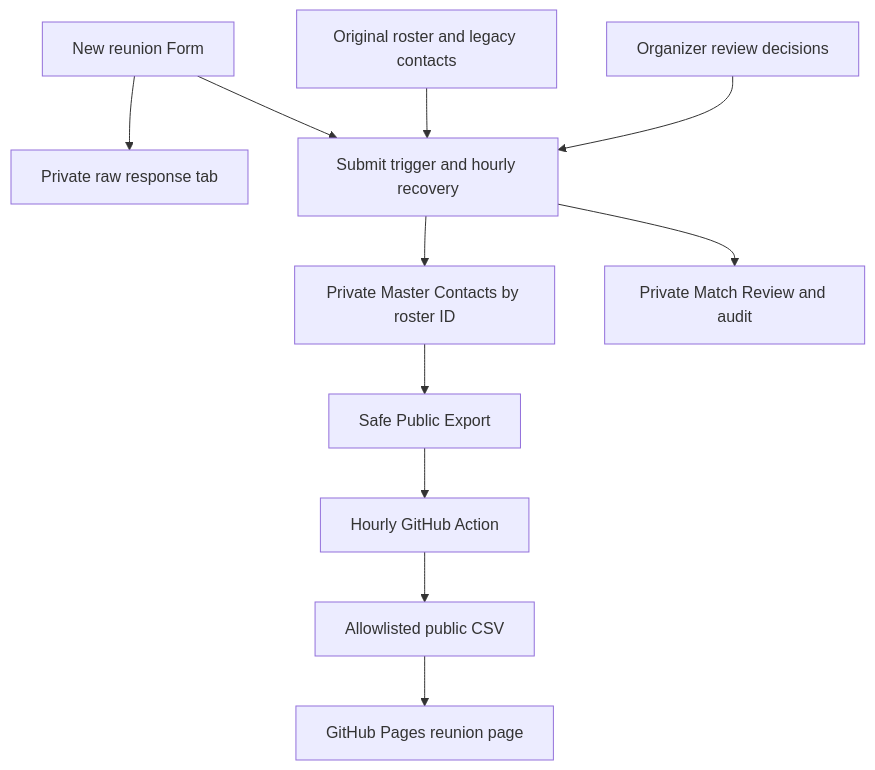
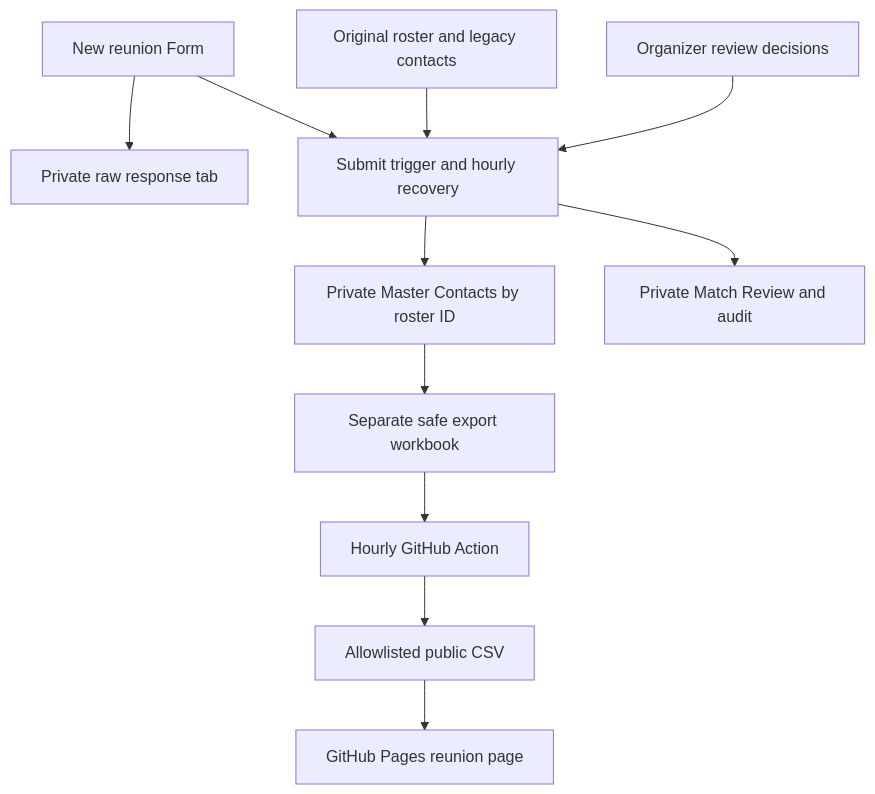
The diagram in docs/tohs-contact-workflow.md (cavandonohoe/cavandonohoe.github.io), drawn with Mermaid before and after one commit. The commit also changed other lines of this file and 5 other files, not shown here.

````diff
--- a/docs/tohs-contact-workflow.md
+++ b/docs/tohs-contact-workflow.md
@@ -30,13 +30,13 @@
 ```mermaid
 flowchart TD
   F["New reunion Form"] --> R["Private raw response tab"]
   F --> S["Submit trigger and hourly recovery"]
   O["Original roster and legacy contacts"] --> S
   D["Organizer review decisions"] --> S
   S --> M["Private Master Contacts by roster ID"]
   S --> Q["Private Match Review and audit"]
-  M --> P["Safe Public Export"]
+  M --> P["Separate safe export workbook"]
   P --> A["Hourly GitHub Action"]
   A --> C["Allowlisted public CSV"]
   C --> W["GitHub Pages reunion page"]
 ```
````
